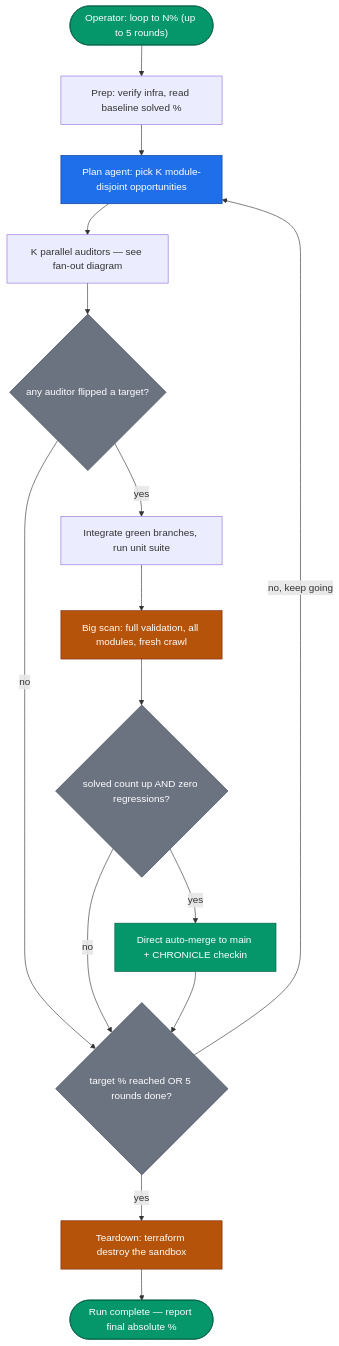
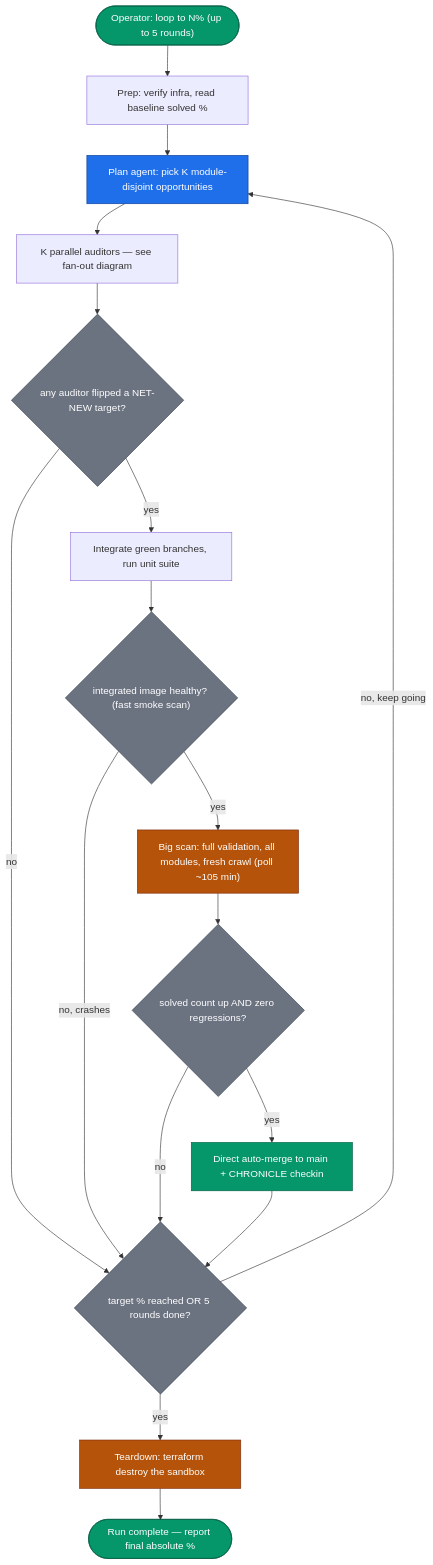
Before and after one commit to SageSalmon/Diana-Web-Scanner: the first of 2 diagrams in docs/AGENTIC_SDLC.md, drawn with Mermaid. The commit also changed other lines of this file and 1 other file, not shown here.

````diff
--- a/docs/AGENTIC_SDLC.md
+++ b/docs/AGENTIC_SDLC.md
@@ -25,31 +25,34 @@
 ```mermaid
 flowchart TB
   op(["Operator: loop to N% (up to 5 rounds)"]) --> prep
   prep["Prep: verify infra, read baseline solved %"] --> plan
   plan["Plan agent: pick K module-disjoint opportunities"] --> auditors
   auditors["K parallel auditors — see fan-out diagram"] --> flip
 
-  flip{"any auditor flipped a target?"}
+  flip{"any auditor flipped a NET-NEW target?"}
   flip -- no --> roundEnd
   flip -- yes --> integ
-  integ["Integrate green branches, run unit suite"] --> big
-  big["Big scan: full validation, all modules, fresh crawl"] --> ok
+  integ["Integrate green branches, run unit suite"] --> smoke
+  smoke{"integrated image healthy? (fast smoke scan)"}
+  smoke -- "no, crashes" --> roundEnd
+  smoke -- yes --> big
+  big["Big scan: full validation, all modules, fresh crawl (poll ~105 min)"] --> ok
   ok{"solved count up AND zero regressions?"}
   ok -- no --> roundEnd
   ok -- yes --> land["Direct auto-merge to main + CHRONICLE checkin"]
   land --> roundEnd
 
   roundEnd{"target % reached OR 5 rounds done?"}
   roundEnd -- "no, keep going" --> plan
   roundEnd -- "yes" --> teardown["Teardown: terraform destroy the sandbox"]
   teardown --> done(["Run complete — report final absolute %"])
 
   classDef agent fill:#1f6feb,stroke:#0b3d91,color:#fff;
   classDef aws fill:#b45309,stroke:#7c2d12,color:#fff;
   classDef gate fill:#6b7280,stroke:#374151,color:#fff;
   classDef human fill:#059669,stroke:#065f46,color:#fff;
   class plan agent;
   class big,teardown aws;
-  class flip,ok,roundEnd gate;
+  class flip,ok,roundEnd,smoke gate;
   class op,land,done human;
 ```
````
